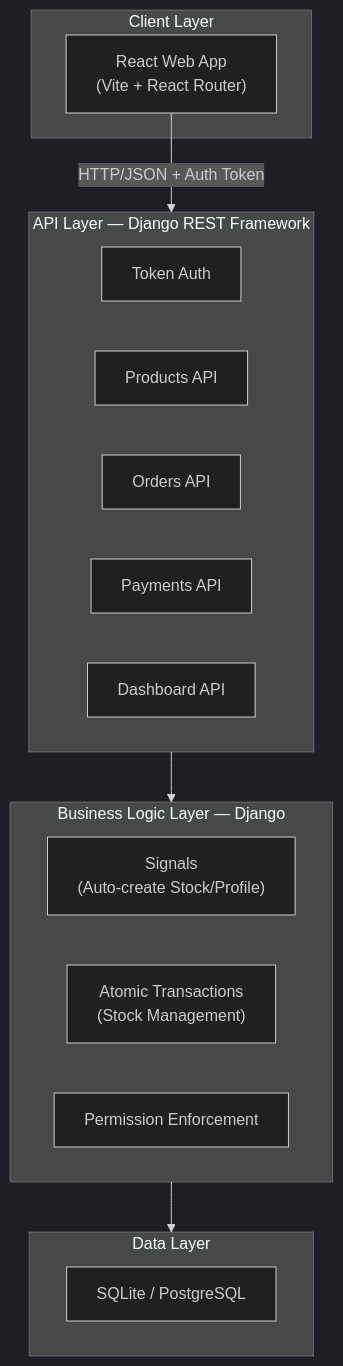
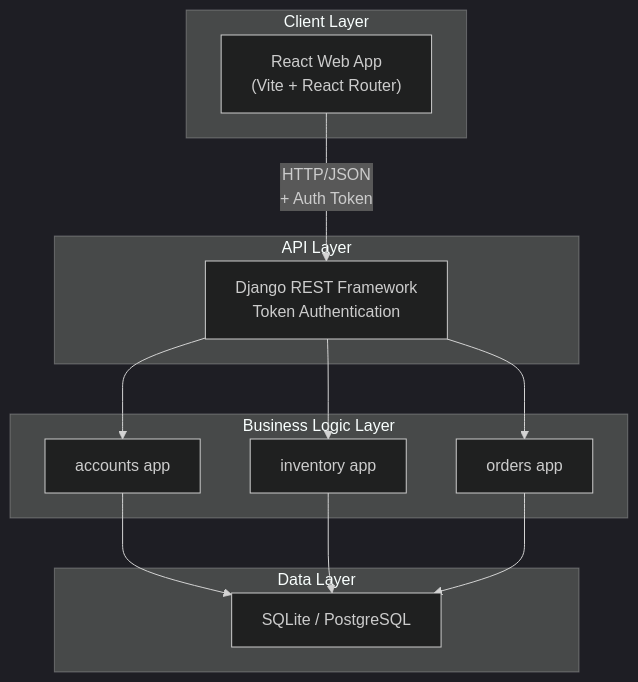
Before and after one commit to zkestroyer/casestudy: the first of 3 diagrams in docs/research_and_proposal.md, drawn with Mermaid (dark theme). The commit also changed other lines of this file and 1 other file, not shown here.

Commit message:
Update R&D proposal to include all 24 explicit sections and render diagrams

````diff
--- a/docs/research_and_proposal.md
+++ b/docs/research_and_proposal.md
@@ -409,28 +111,28 @@
 ```mermaid
 flowchart TB
     subgraph Client["Client Layer"]
         Browser["React Web App<br/>(Vite + React Router)"]
     end
 
-    subgraph API["API Layer — Django REST Framework"]
-        Auth["Token Auth"]
-        Products["Products API"]
-        Orders["Orders API"]
-        Payments["Payments API"]
-        Dashboard["Dashboard API"]
+    subgraph API["API Layer"]
+        DRF["Django REST Framework<br/>Token Authentication"]
     end
 
-    subgraph Business["Business Logic Layer — Django"]
-        Signals["Signals<br/>(Auto-create Stock/Profile)"]
-        Atomic["Atomic Transactions<br/>(Stock Management)"]
-        Perms["Permission Enforcement"]
+    subgraph Business["Business Logic Layer"]
+        Accounts["accounts app"]
+        Inventory["inventory app"]
+        Orders["orders app"]
     end
 
     subgraph Data["Data Layer"]
-        DB["SQLite / PostgreSQL"]
+        SQLite["SQLite / PostgreSQL"]
     end
 
-    Browser -->|"HTTP/JSON + Auth Token"| API
-    API --> Business
-    Business --> Data
+    Browser -->|"HTTP/JSON<br/>+ Auth Token"| DRF
+    DRF --> Accounts
+    DRF --> Inventory
+    DRF --> Orders
+    Accounts --> SQLite
+    Inventory --> SQLite
+    Orders --> SQLite
 ```
````
